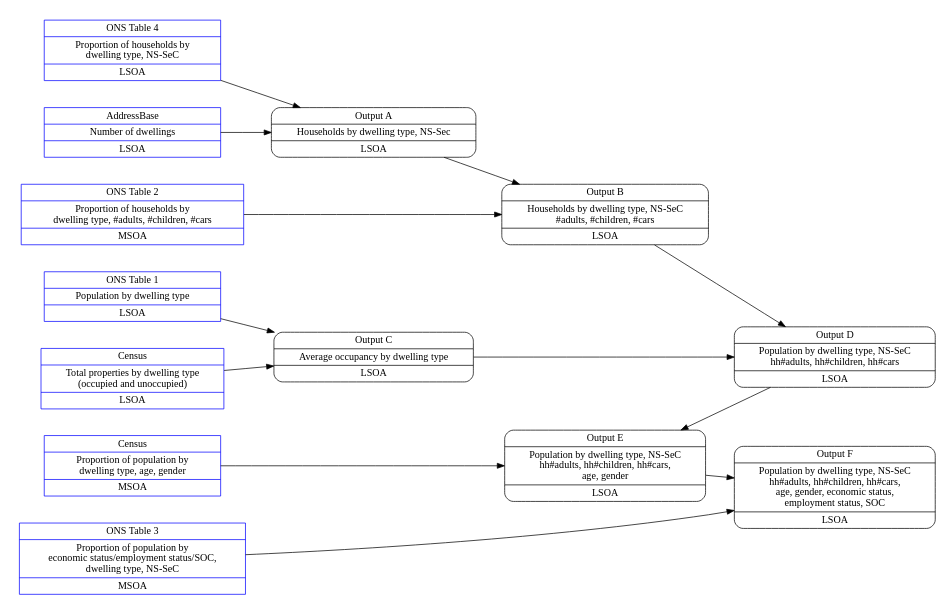
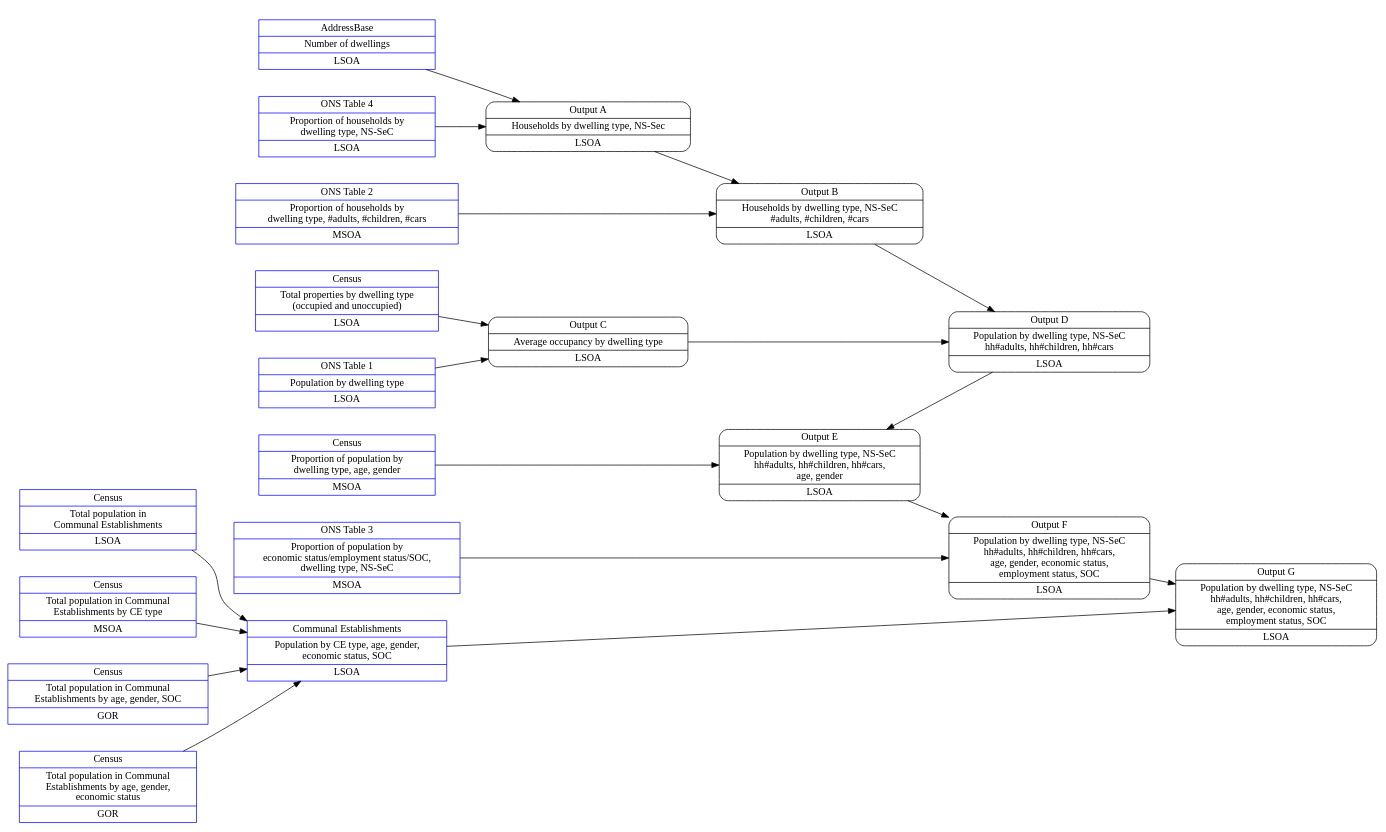
Before and after one commit to asongtoruin/Land-Use: the diagram in docs/base_model_structure.rst, drawn with Graphviz.

Commit message:
Updated flow chart for 2021 base population model.

```diff
--- a/docs/base_model_structure.rst
+++ b/docs/base_model_structure.rst
@@ -9,49 +9,68 @@
 .. graphviz::
 
-    digraph G { 
+    digraph G {
         rankdir="LR"
         nodesep=0.5
         node [shape=record, color=blue width=3.4]
+            subgraph ce_inputs {
+                peripheries=0
+                rank="same"
+                communal_establishments [label="Census|Total population in \nCommunal Establishments|LSOA"]
+                ce_type [label="Census|Total population in Communal \nEstablishments by CE type|MSOA"]
+                ce_pop_soc [label="Census|Total population in Communal \nEstablishments by age, gender, SOC|GOR"]
+                ce_pop_econ [label="Census|Total population in Communal \nEstablishments by age, gender, \neconomic status|GOR"]
+            }
             subgraph cluster_inputs{
                 peripheries=0
                 rank="same"
                 addressbase [label="AddressBase|Number of dwellings|LSOA"];
-                
+
                 census_dwellings [label="Census|Total properties by dwelling type\n(occupied and unoccupied)|LSOA"]
                 age_gender [label="Census|Proportion of population by\ndwelling type, age, gender|MSOA"]
-                
+
                 table_1 [label="ONS Table 1|Population by dwelling type|LSOA"];
                 table_2 [label="ONS Table 2|Proportion of households by\ndwelling type, #adults, #children, #cars|MSOA"];
                 table_3 [label="ONS Table 3|Proportion of population by\neconomic status/employment status/SOC,\ndwelling type, NS-SeC|MSOA"];
                 table_4 [label="ONS Table 4|Proportion of households by\ndwelling type, NS-SeC|LSOA"];
+
+                ce_output [label="Communal Establishments|Population by CE type, age, gender, \neconomic status, SOC|LSOA"];
             }
-            
+
         node [style=rounded, color=black]
             output_a [label="Output A|Households by dwelling type, NS-Sec|LSOA"];
             output_b [label="Output B|Households by dwelling type, NS-SeC\n#adults, #children, #cars|LSOA"];
             output_c [label="Output C|Average occupancy by dwelling type|LSOA"];
             output_d [label="Output D|Population by dwelling type, NS-SeC\nhh#adults, hh#children, hh#cars|LSOA"];
             output_e [label="Output E|Population by dwelling type, NS-SeC\nhh#adults, hh#children, hh#cars,\nage, gender|LSOA"];
             output_f [label="Output F|Population by dwelling type, NS-SeC\nhh#adults, hh#children, hh#cars,\nage, gender, economic status,\nemployment status, SOC|LSOA"];
-            
+            output_g [label="Output G|Population by dwelling type, NS-SeC\nhh#adults, hh#children, hh#cars,\nage, gender, economic status,\nemployment status, SOC|LSOA"];
+
             {rank="same" output_a output_c}
             {rank="same" output_b output_e}
             {rank="same" output_d output_f}
-            
+            {rank="same" output_g}
+
         table_4 -> output_a;
         addressbase -> output_a;
         output_a -> output_b;
         table_2 -> output_b
-        
-        census_dwellings -> output_c;   
+
+        census_dwellings -> output_c;
         table_1 -> output_c;
-        
+
         output_b -> output_d;
         output_c -> output_d;
-        
+
         age_gender -> output_e;
         output_d -> output_e;
-        
+
         table_3 -> output_f;
         output_e -> output_f;
+
+        communal_establishments -> ce_output
+        ce_type -> ce_output
+        ce_pop_soc -> ce_output
+        ce_pop_econ -> ce_output
+        ce_output -> output_g;
+        output_f -> output_g
     }
```
